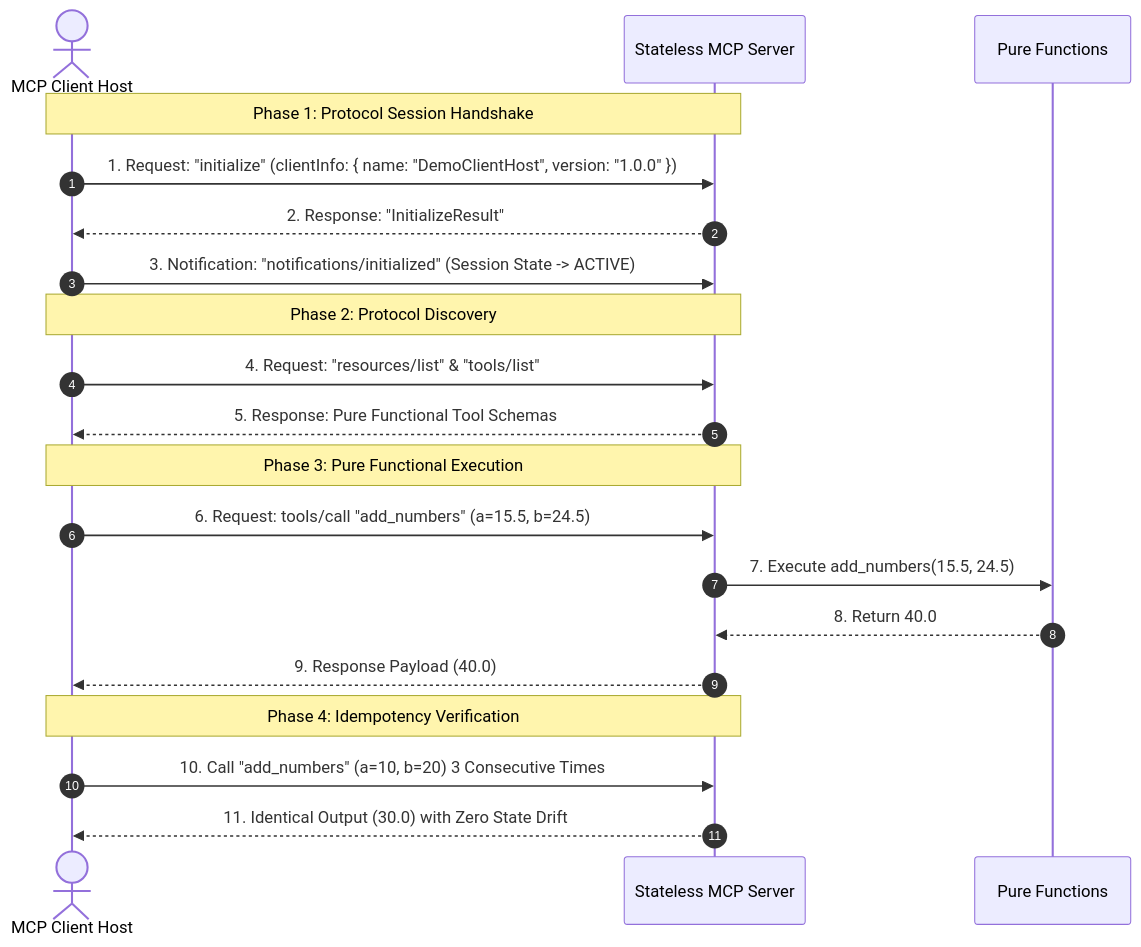
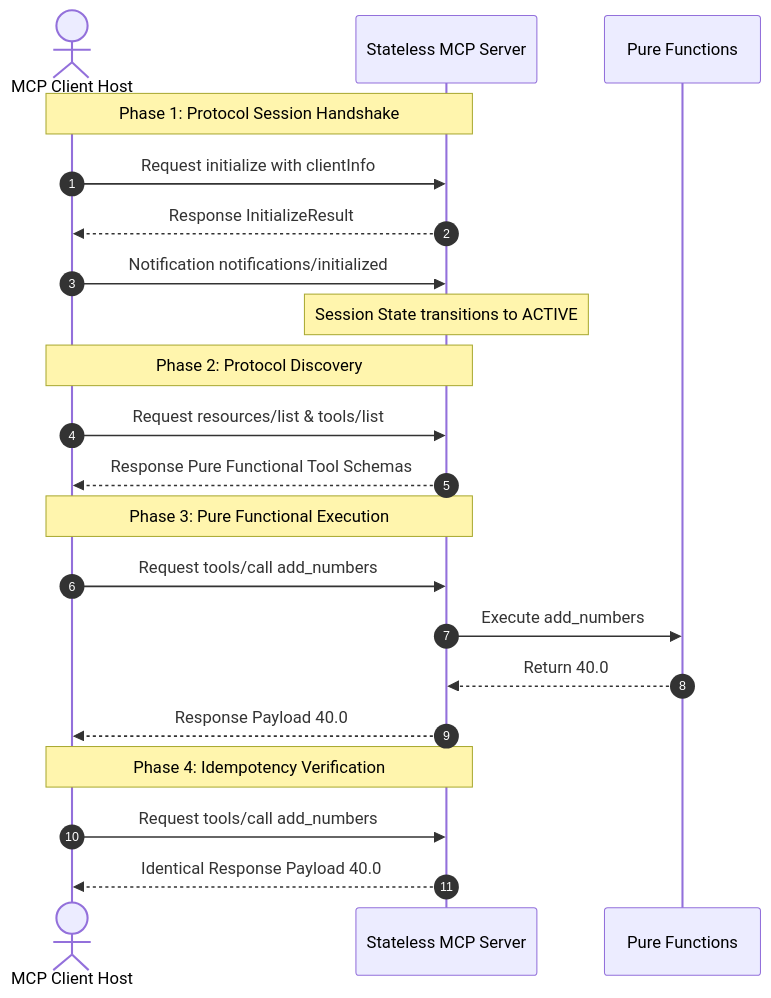
Before and after one commit to stenalpjolly/mcp-architecture-and-extensions-demo: the diagram in 01_stateless_mcp_server/README.md, drawn with Mermaid. The commit also changed 4 other files, not shown here.

Commit message:
Fix Mermaid diagram labels for GitHub markdown rendering

````diff
--- a/01_stateless_mcp_server/README.md
+++ b/01_stateless_mcp_server/README.md
@@ -38,26 +38,27 @@
 ```mermaid
 sequenceDiagram
     autonumber
     actor Client as MCP Client Host
     participant Server as Stateless MCP Server
     participant Tools as Pure Functions
 
     Note over Client,Server: Phase 1: Protocol Session Handshake
-    Client->>Server: 1. Request: "initialize" (clientInfo: { name: "DemoClientHost", version: "1.0.0" })
-    Server-->>Client: 2. Response: "InitializeResult"
-    Client->>Server: 3. Notification: "notifications/initialized" (Session State -> ACTIVE)
+    Client->>Server: Request initialize with clientInfo
+    Server-->>Client: Response InitializeResult
+    Client->>Server: Notification notifications/initialized
+    Note over Server: Session State transitions to ACTIVE
 
     Note over Client,Server: Phase 2: Protocol Discovery
-    Client->>Server: 4. Request: "resources/list" & "tools/list"
-    Server-->>Client: 5. Response: Pure Functional Tool Schemas
+    Client->>Server: Request resources/list & tools/list
+    Server-->>Client: Response Pure Functional Tool Schemas
 
     Note over Client,Server: Phase 3: Pure Functional Execution
-    Client->>Server: 6. Request: tools/call "add_numbers" (a=15.5, b=24.5)
-    Server->>Tools: 7. Execute add_numbers(15.5, 24.5)
-    Tools-->>Server: 8. Return 40.0
-    Server-->>Client: 9. Response Payload (40.0)
+    Client->>Server: Request tools/call add_numbers
+    Server->>Tools: Execute add_numbers
+    Tools-->>Server: Return 40.0
+    Server-->>Client: Response Payload 40.0
 
     Note over Client,Server: Phase 4: Idempotency Verification
-    Client->>Server: 10. Call "add_numbers" (a=10, b=20) 3 Consecutive Times
-    Server-->>Client: 11. Identical Output (30.0) with Zero State Drift
+    Client->>Server: Request tools/call add_numbers
+    Server-->>Client: Identical Response Payload 40.0
 ```
````
